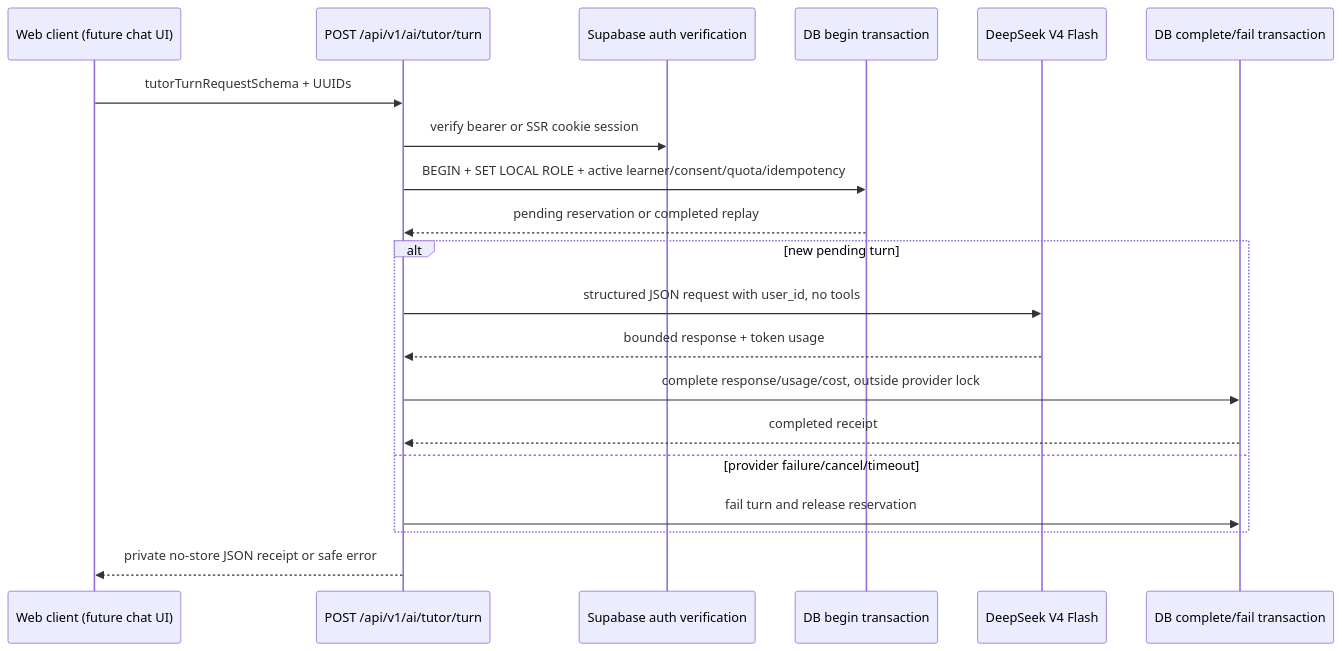
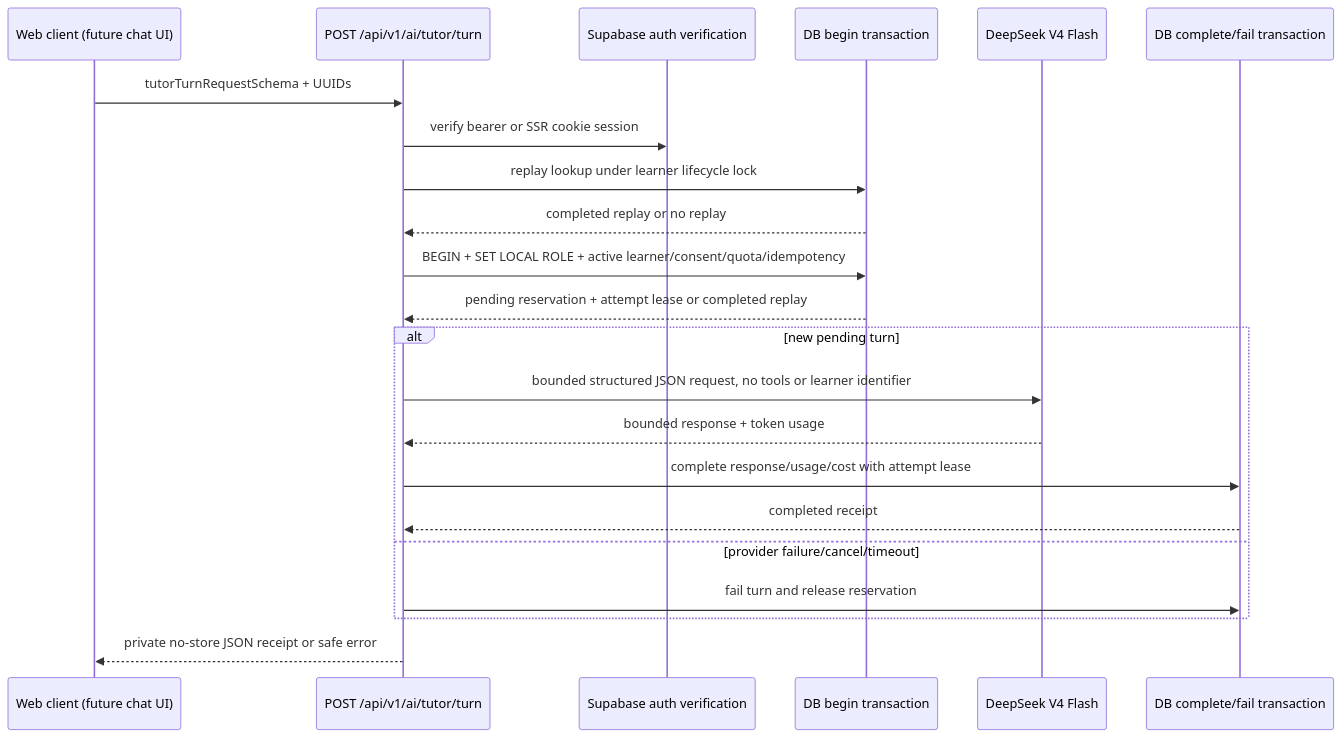
Before and after one commit to JasonTM17/Ideogram_LearningApp: the third of 4 diagrams in docs/system-architecture.md, drawn with Mermaid. The commit also changed other lines of this file and 4 other files, not shown here.

````diff
--- a/docs/system-architecture.md
+++ b/docs/system-architecture.md
@@ -101,23 +101,25 @@
 ```mermaid
 sequenceDiagram
   participant Client as Web client (future chat UI)
   participant Route as POST /api/v1/ai/tutor/turn
   participant Auth as Supabase auth verification
   participant Ledger as DB begin transaction
   participant Provider as DeepSeek V4 Flash
   participant Finalize as DB complete/fail transaction
 
   Client->>Route: tutorTurnRequestSchema + UUIDs
   Route->>Auth: verify bearer or SSR cookie session
+  Route->>Ledger: replay lookup under learner lifecycle lock
+  Ledger-->>Route: completed replay or no replay
   Route->>Ledger: BEGIN + SET LOCAL ROLE + active learner/consent/quota/idempotency
-  Ledger-->>Route: pending reservation or completed replay
+  Ledger-->>Route: pending reservation + attempt lease or completed replay
   alt new pending turn
-    Route->>Provider: structured JSON request with user_id, no tools
+    Route->>Provider: bounded structured JSON request, no tools or learner identifier
     Provider-->>Route: bounded response + token usage
-    Route->>Finalize: complete response/usage/cost, outside provider lock
+    Route->>Finalize: complete response/usage/cost with attempt lease
     Finalize-->>Route: completed receipt
   else provider failure/cancel/timeout
     Route->>Finalize: fail turn and release reservation
   end
   Route-->>Client: private no-store JSON receipt or safe error
 ```
````
